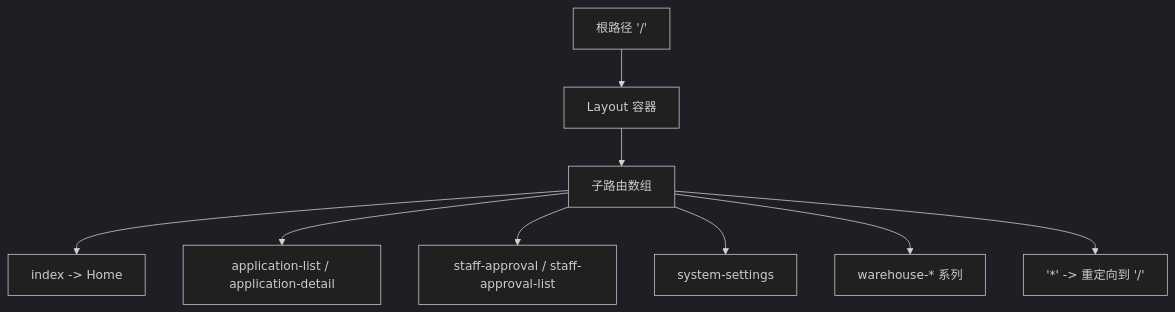
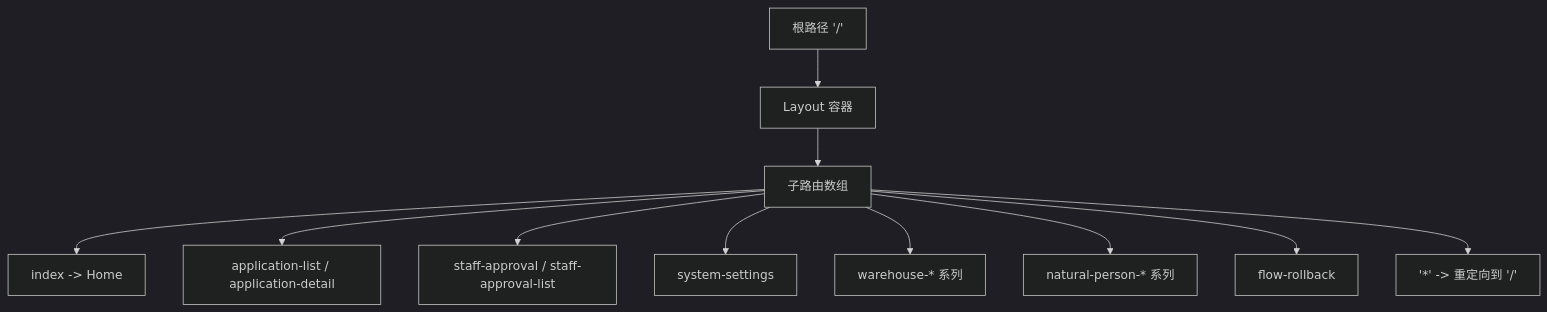
One commit to chinak/permission_apply changed the third of 6 diagrams in .qoder/repowiki/zh/content/架构设计/路由系统设计.md. Above: the diagram before and after it, drawn with Mermaid (dark theme). The commit also changed other lines of this file and 43 other files, not shown here.

````diff
--- a/.qoder/repowiki/zh/content/架构设计/路由系统设计.md
+++ b/.qoder/repowiki/zh/content/架构设计/路由系统设计.md
@@ -112,11 +125,13 @@
 ```mermaid
 flowchart TD
 Root["根路径 '/'"] --> LayoutNode["Layout 容器"]
 LayoutNode --> Children["子路由数组"]
 Children --> Index["index -> Home"]
 Children --> Apply["application-list / application-detail"]
 Children --> Staff["staff-approval / staff-approval-list"]
 Children --> Sys["system-settings"]
 Children --> WH["warehouse-* 系列"]
+Children --> NP["natural-person-* 系列"]
+Children --> FR["flow-rollback"]
 Children --> Wildcard["'*' -> 重定向到 '/'"]
 ```
````
